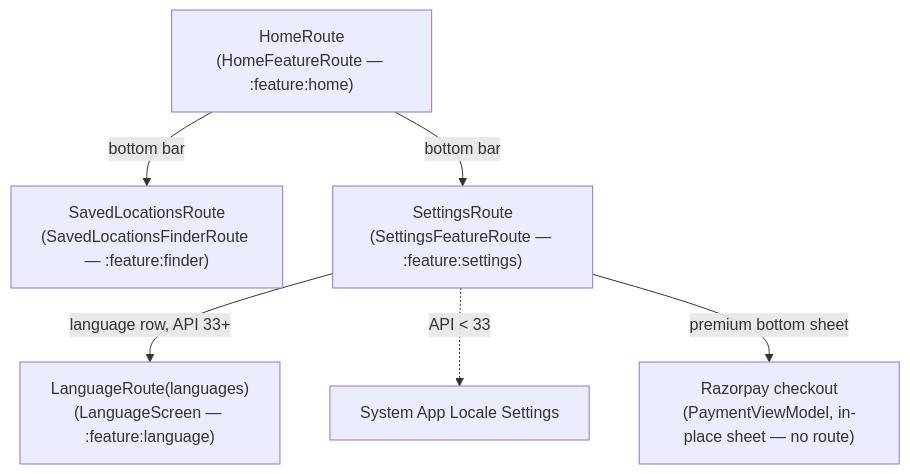
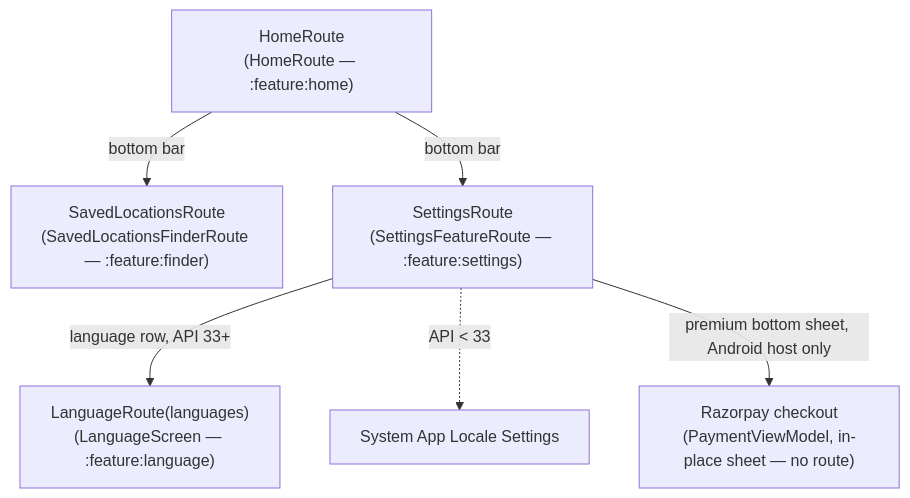
The third of 3 diagrams in README.md (bosankus/Compose-Weatherify), drawn with Mermaid before and after one commit. The commit also changed other lines of this file and 3 other files, not shown here.

````diff
--- a/README.md
+++ b/README.md
@@ -167,8 +190,8 @@
 ```mermaid
 graph TD
-    Home["HomeRoute\n(HomeFeatureRoute — :feature:home)"] -->|bottom bar| Saved["SavedLocationsRoute\n(SavedLocationsFinderRoute — :feature:finder)"]
+    Home["HomeRoute\n(HomeRoute — :feature:home)"] -->|bottom bar| Saved["SavedLocationsRoute\n(SavedLocationsFinderRoute — :feature:finder)"]
     Home -->|bottom bar| Settings["SettingsRoute\n(SettingsFeatureRoute — :feature:settings)"]
     Settings -->|language row, API 33+| Language["LanguageRoute(languages)\n(LanguageScreen — :feature:language)"]
     Settings -.->|API < 33| SystemSettings["System App Locale Settings"]
-    Settings -->|premium bottom sheet| Payment["Razorpay checkout\n(PaymentViewModel, in-place sheet — no route)"]
+    Settings -->|premium bottom sheet, Android host only| Payment["Razorpay checkout\n(PaymentViewModel, in-place sheet — no route)"]
 ```
````
